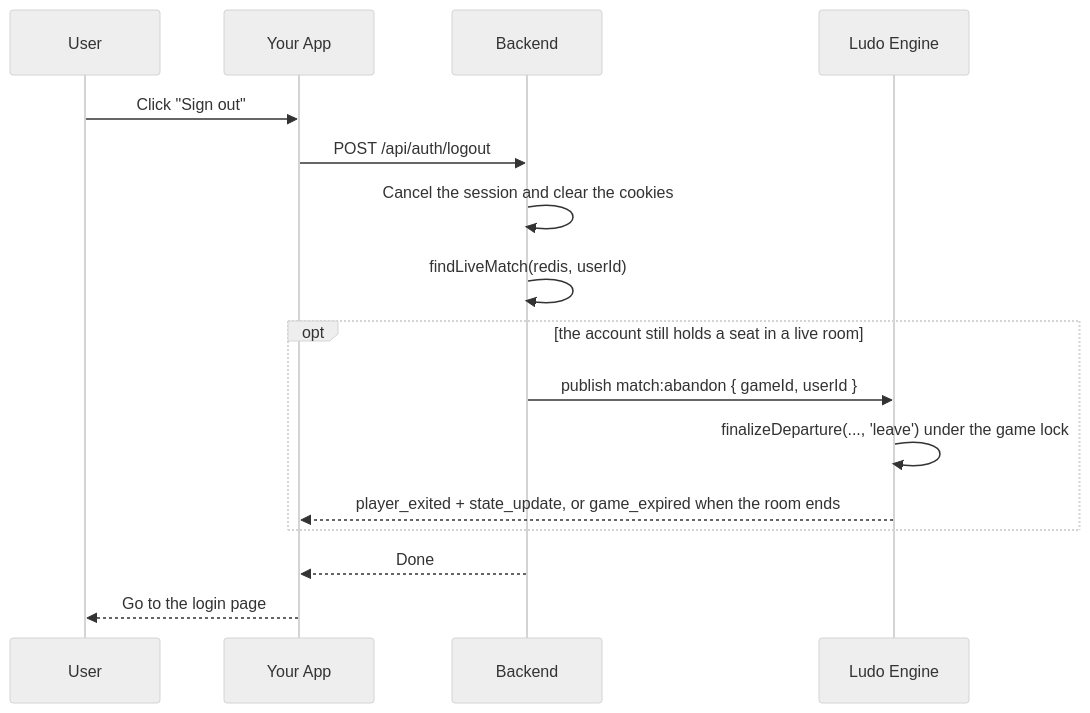
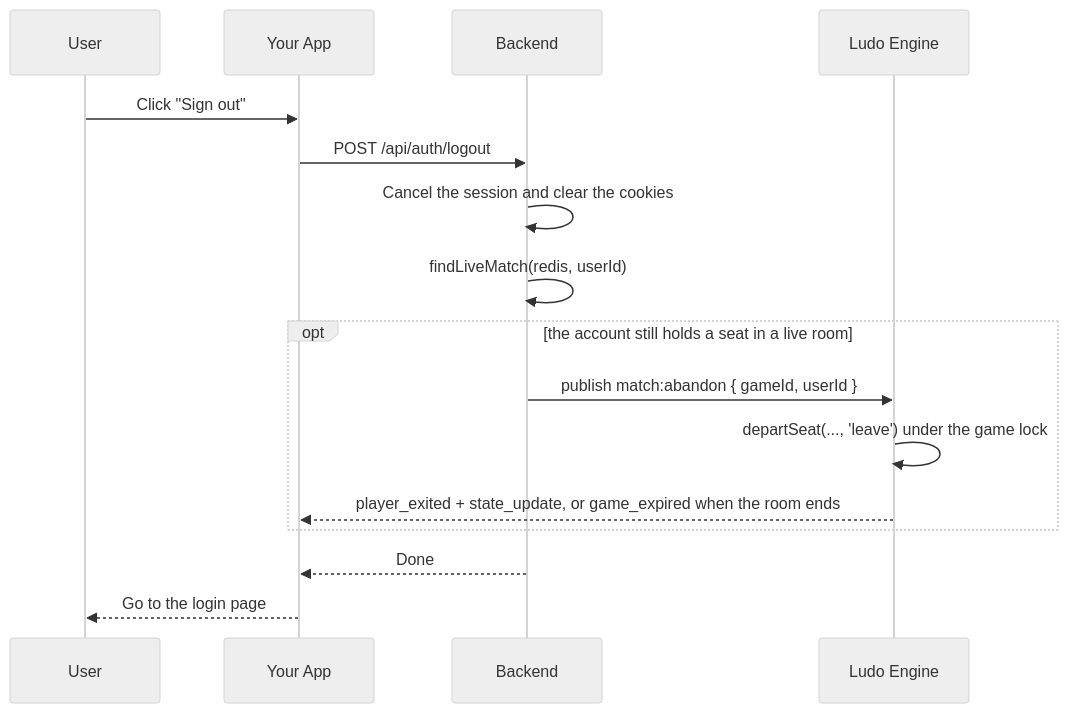
One commit to IrmaJoKerr/ft_transcendence-ludo changed the eighth of 9 diagrams in docs/backend/backend-auth-module.md. Above: the diagram before and after it, drawn with Mermaid (neutral theme). The commit also changed 38 other files, not shown here.

Commit message:
feat(engine): one departure funnel, waiting-room grace windows, host-only abort and a published room countdown.

````diff
--- a/docs/backend/backend-auth-module.md
+++ b/docs/backend/backend-auth-module.md
@@ -536,19 +536,19 @@
 ```mermaid
 sequenceDiagram
     participant User
     participant Site as Your App
     participant Server as Backend
     participant Engine as Ludo Engine
 
     User->>Site: Click "Sign out"
     Site->>Server: POST /api/auth/logout
     Server->>Server: Cancel the session and clear the cookies
     Server->>Server: findLiveMatch(redis, userId)
     opt the account still holds a seat in a live room
         Server->>Engine: publish match:abandon { gameId, userId }
-        Engine->>Engine: finalizeDeparture(..., 'leave') under the game lock
+        Engine->>Engine: departSeat(..., 'leave') under the game lock
         Engine-->>Site: player_exited + state_update, or game_expired when the room ends
     end
     Server-->>Site: Done
     Site-->>User: Go to the login page
 ```
````
